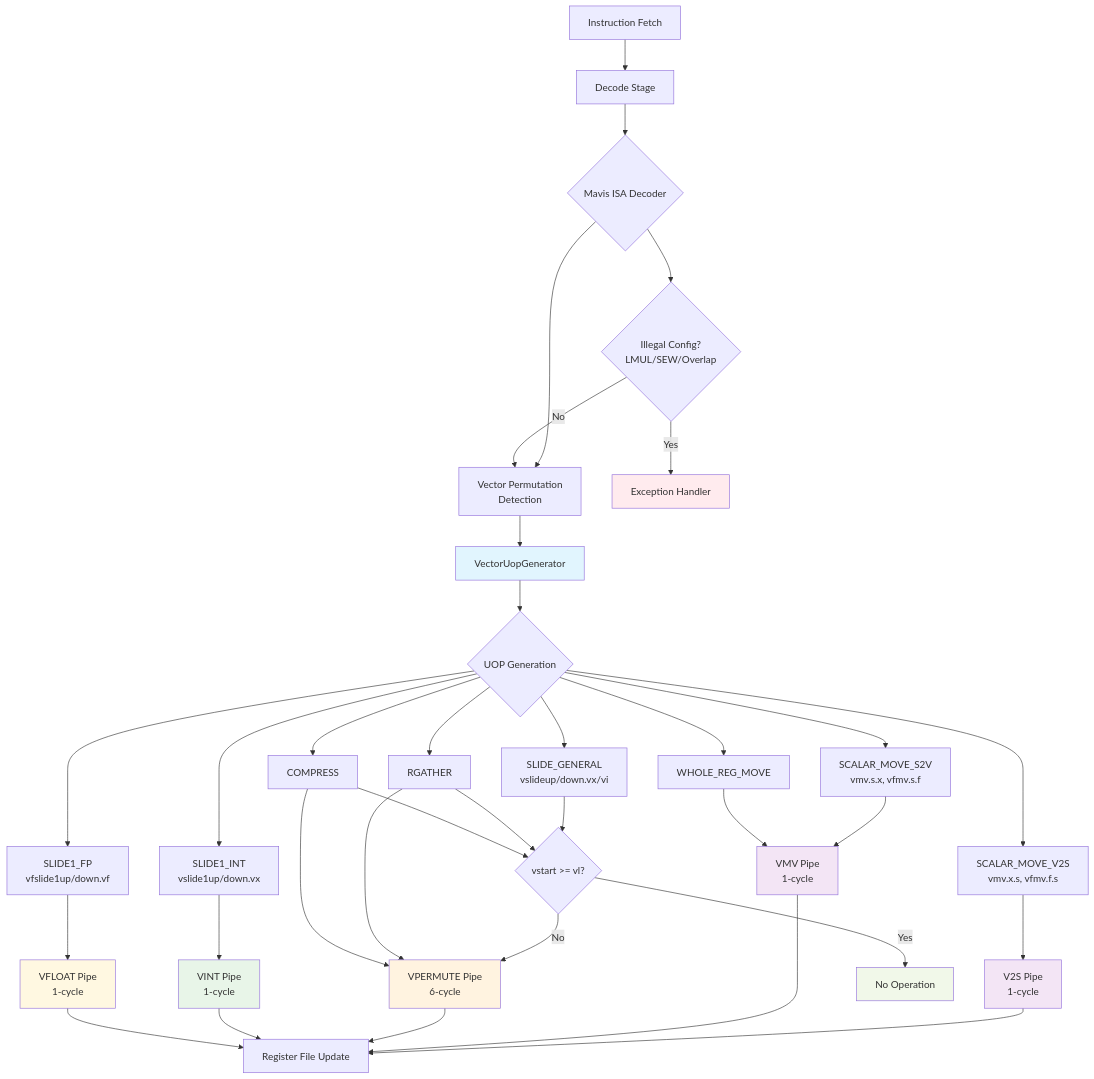
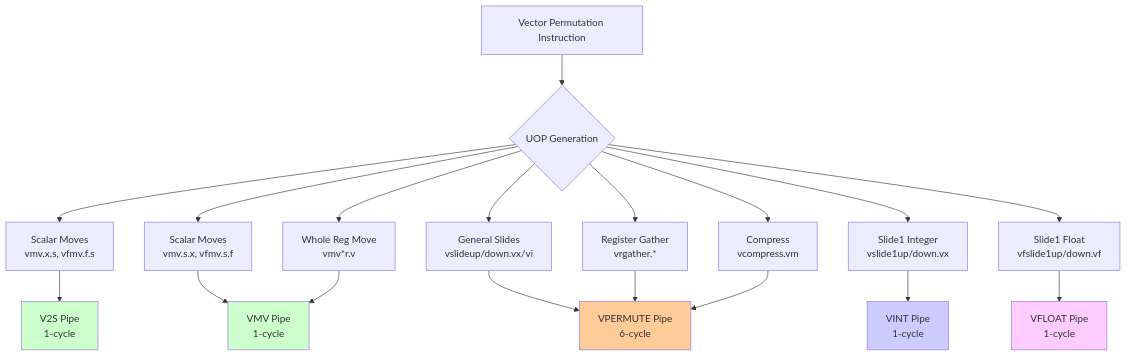
The diagram in docs/vector_permutation.adoc (riscv-software-src/riscv-perf-model), drawn with Mermaid before and after one commit. The commit also changed other lines of this file, not shown here.

```diff
--- a/docs/vector_permutation.adoc
+++ b/docs/vector_permutation.adoc
@@ -797,56 +114,29 @@
 [mermaid]
-....
+----
 flowchart TD
-    A[Instruction Fetch] --> B[Decode Stage]
-    B --> C{Mavis ISA Decoder}
-    C --> D[Vector Permutation<br/>Detection]
-    D --> E[VectorUopGenerator]
+    A[Vector Permutation Instruction] --> B{UOP Generation}
     
-    E --> F{UOP Generation}
-    F --> G1[SCALAR_MOVE_V2S<br/>vmv.x.s, vfmv.f.s]
-    F --> G2[SCALAR_MOVE_S2V<br/>vmv.s.x, vfmv.s.f]
-    F --> G3[SLIDE_GENERAL<br/>vslideup/down.vx/vi]
-    F --> G4[SLIDE1_INT<br/>vslide1up/down.vx]
-    F --> G5[SLIDE1_FP<br/>vfslide1up/down.vf]
-    F --> G6[RGATHER]
-    F --> G7[COMPRESS]
-    F --> G8[WHOLE_REG_MOVE]
+    B --> C1[Scalar Moves<br/>vmv.x.s, vfmv.f.s]
+    B --> C2[Scalar Moves<br/>vmv.s.x, vfmv.s.f]
+    B --> C3[General Slides<br/>vslideup/down.vx/vi]
+    B --> C4[Slide1 Integer<br/>vslide1up/down.vx]
+    B --> C5[Slide1 Float<br/>vfslide1up/down.vf]
+    B --> C6[Register Gather<br/>vrgather.*]
+    B --> C7[Compress<br/>vcompress.vm]
+    B --> C8[Whole Reg Move<br/>vmv*r.v]
     
-    %% Scalar moves bypass vstart check (always execute)
-    G1 --> H1[V2S Pipe<br/>1-cycle]
-    G2 --> H2[VMV Pipe<br/>1-cycle]
-    G8 --> H2
+    C1 --> P1[V2S Pipe<br/>1-cycle]
+    C2 --> P2[VMV Pipe<br/>1-cycle]
+    C3 --> P3[VPERMUTE Pipe<br/>6-cycle]
+    C4 --> P4[VINT Pipe<br/>1-cycle]
+    C5 --> P5[VFLOAT Pipe<br/>1-cycle]
+    C6 --> P3
+    C7 --> P3
+    C8 --> P2
     
-    %% Other operations go through normal pipeline
-    G4 --> H4[VINT Pipe<br/>1-cycle]
-    G5 --> H5[VFLOAT Pipe<br/>1-cycle]
-    
-    H1 --> I[Register File Update]
-    H2 --> I
-    H3 --> I
-    H4 --> I
-    H5 --> I
-    
-    %% Error handling paths
-    C --> J{Illegal Config?<br/>LMUL/SEW/Overlap}
-    J -->|Yes| K[Exception Handler]
-    J -->|No| D
-    
-    %% vstart handling for restartable ops only
-    G3 --> L{vstart >= vl?}
-    G6 --> L
-    G7 --> L
-    L -->|Yes| M[No Operation]
-    L -->|No| H3[VPERMUTE Pipe<br/>6-cycle]
-    G6 --> H3
-    G7 --> H3
-    
-    style E fill:#e1f5fe
-    style H3 fill:#fff3e0
-    style H1 fill:#f3e5f5
-    style H2 fill:#f3e5f5
-    style H4 fill:#e8f5e8
-    style H5 fill:#fff8e1
-    style K fill:#ffebee
-    style M fill:#f1f8e9
-....
+    style P3 fill:#ffcc99
+    style P1 fill:#ccffcc
+    style P2 fill:#ccffcc
+    style P4 fill:#ccccff
+    style P5 fill:#ffccff
+----
```
